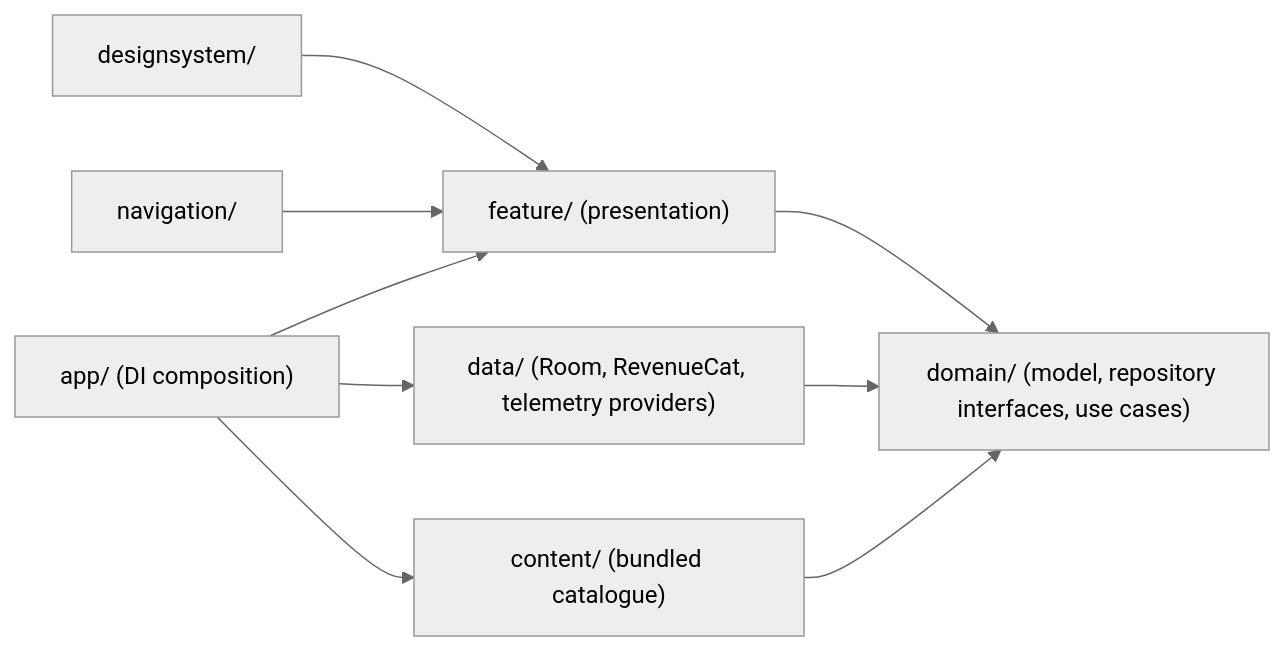
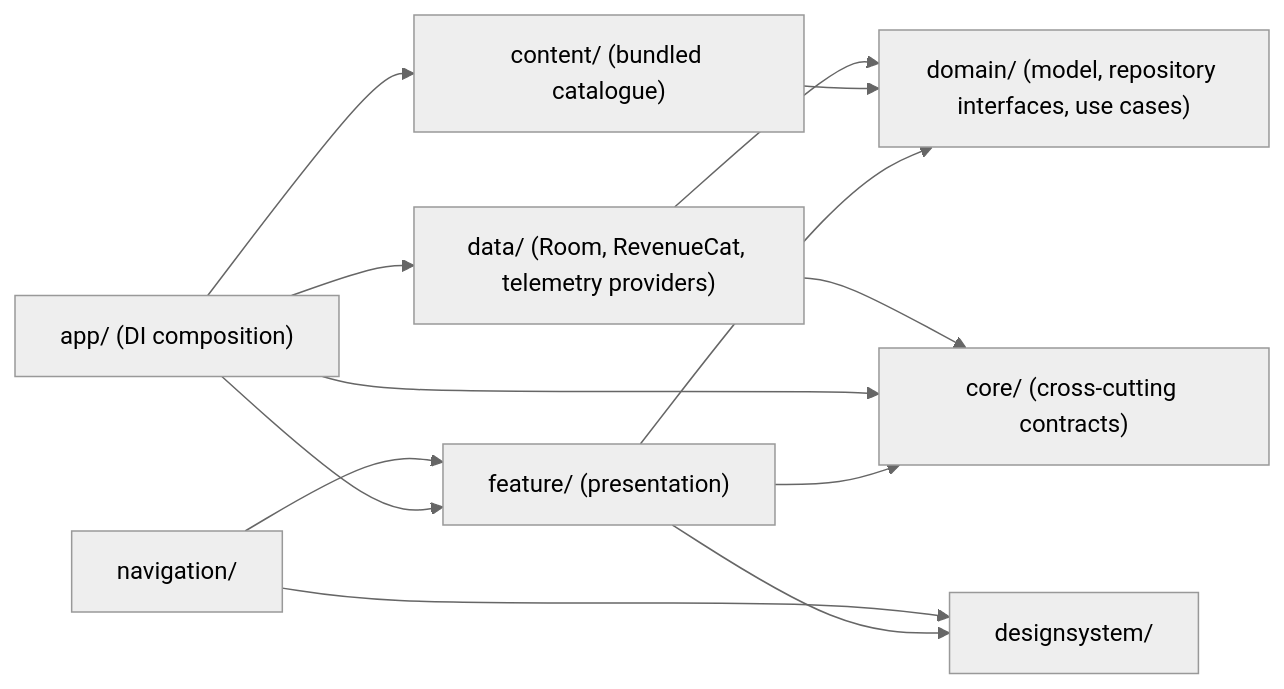
Before and after one commit to oliverMKD/Togetherly: the diagram in docs/architecture.md, drawn with Mermaid (neutral theme). The commit also changed other lines of this file and 143 other files, not shown here.

````diff
--- a/docs/architecture.md
+++ b/docs/architecture.md
@@ -14,11 +16,15 @@
 ```mermaid
 graph LR
     feature["feature/ (presentation)"] --> domain["domain/ (model, repository interfaces, use cases)"]
+    feature --> core["core/ (cross-cutting contracts)"]
+    feature --> designsystem["designsystem/"]
     app["app/ (DI composition)"] --> feature
     app --> data
     app --> content
+    app --> core
     content["content/ (bundled catalogue)"] --> domain
     data["data/ (Room, RevenueCat, telemetry providers)"] --> domain
-    designsystem["designsystem/"] --> feature
+    data --> core
     navigation["navigation/"] --> feature
+    navigation --> designsystem
 ```
````
